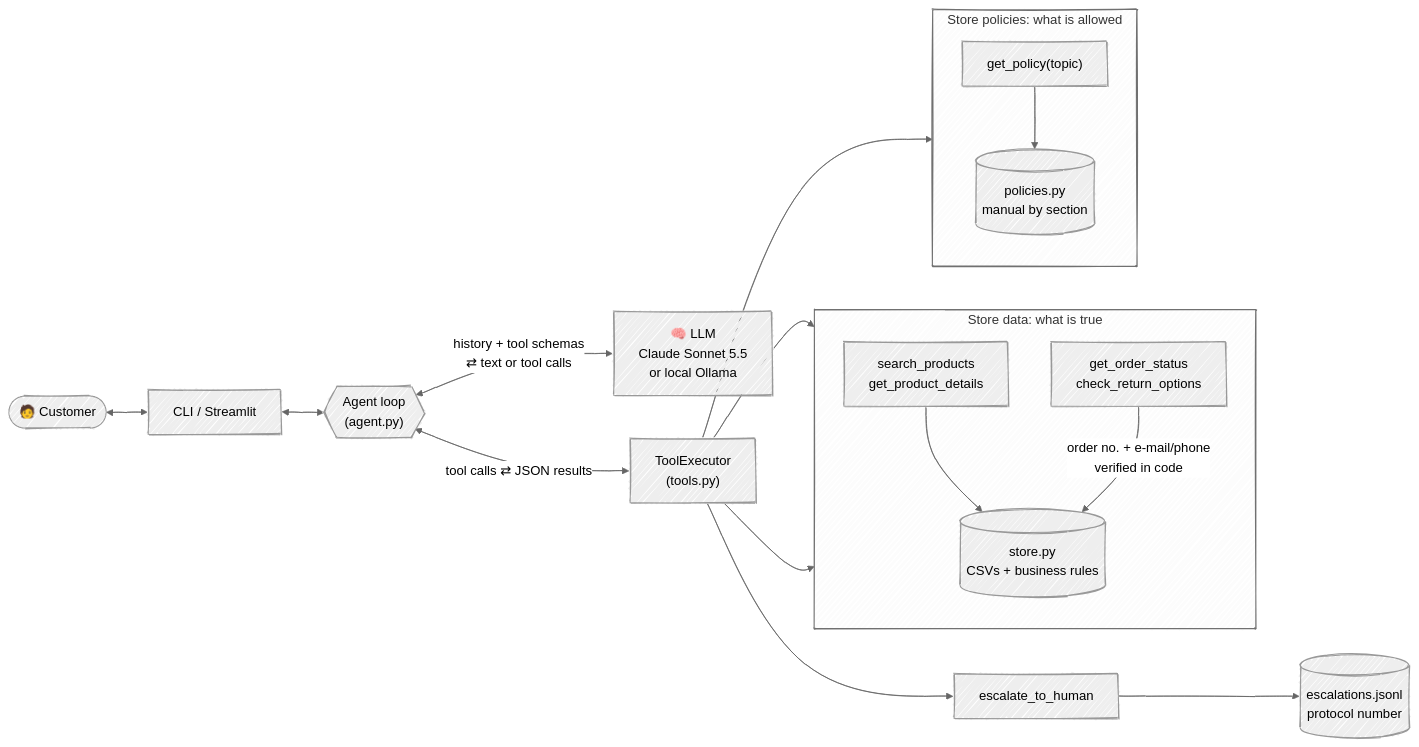
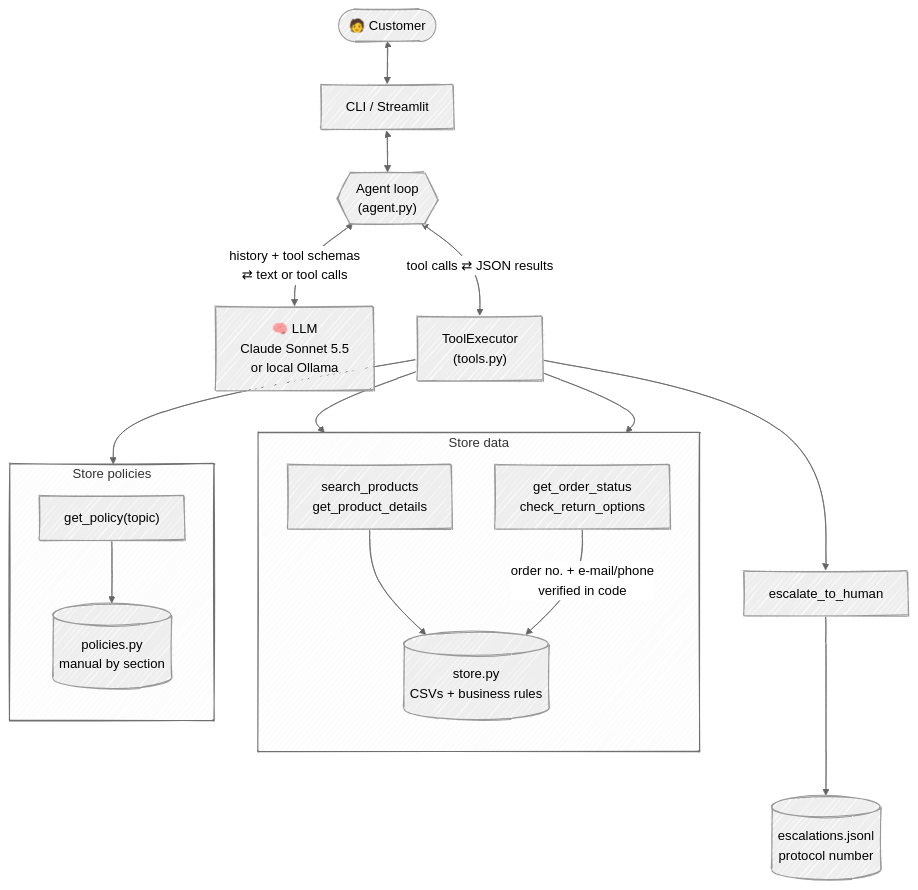
Before and after one commit to anascunha/emporio-agent: the first of 2 diagrams in README.md, drawn with Mermaid. The commit also changed 1 other file, not shown here.

Commit message:
docs: readable architecture diagram and portable list indentation
The architecture flowchart is now drawn top-to-bottom with short
subgraph titles, so it stays legible when the README is printed (the
wide left-to-right version shrank to a tiny font). The User Guide's
sub-lists use 4-space indents, which every Markdown renderer accepts
(GitHub also took 3, the PDF converter did not). The delivered PDF is
generated from these files as they are.

````diff
--- a/README.md
+++ b/README.md
@@ -7,34 +7,34 @@
 ```mermaid
 ---
 config:
   look: handDrawn
   theme: neutral
 ---
-flowchart LR
+flowchart TB
     C([🧑 Customer]) <--> UI["CLI / Streamlit"]
     UI <--> A{{"Agent loop<br/>(agent.py)"}}
     A <-->|"history + tool schemas<br/>⇄ text or tool calls"| LLM["🧠 LLM<br/>Claude Sonnet 5.5<br/>or local Ollama"]
     A <-->|"tool calls ⇄ JSON results"| T["ToolExecutor<br/>(tools.py)"]
 
-    subgraph data ["Store data: what is true"]
+    subgraph data ["Store data"]
         direction TB
         S1["search_products<br/>get_product_details"]
         S2["get_order_status<br/>check_return_options"]
         D[("store.py<br/>CSVs + business rules")]
         S1 --> D
         S2 -->|"order no. + e-mail/phone<br/>verified in code"| D
     end
 
-    subgraph rules ["Store policies: what is allowed"]
+    subgraph rules ["Store policies"]
         direction TB
         S3["get_policy(topic)"]
         P[("policies.py<br/>manual by section")]
         S3 --> P
     end
 
     S4["escalate_to_human"] --> R[("escalations.jsonl<br/>protocol number")]
 
     T --> S1 & S2
     T --> S3
     T --> S4
 ```
````
